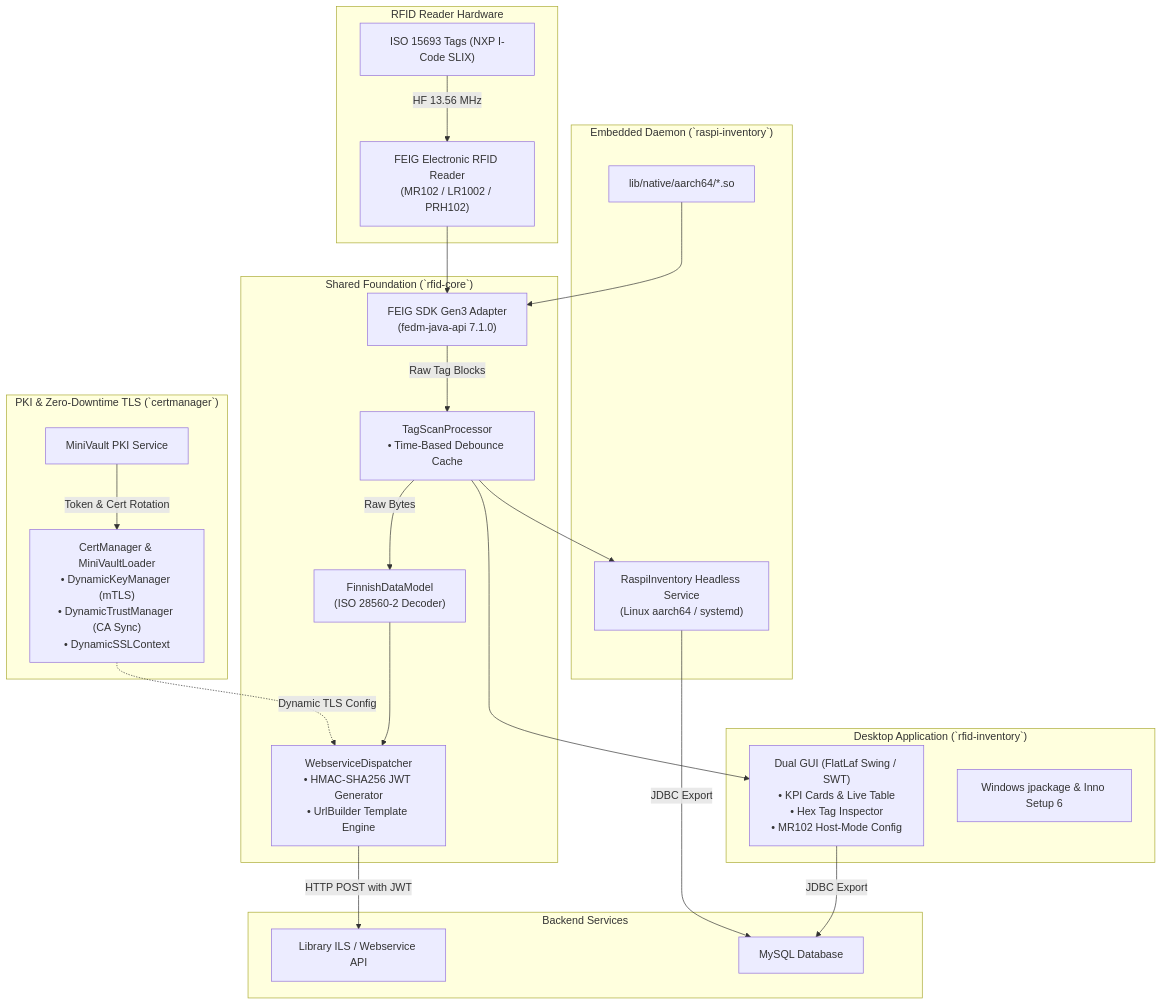
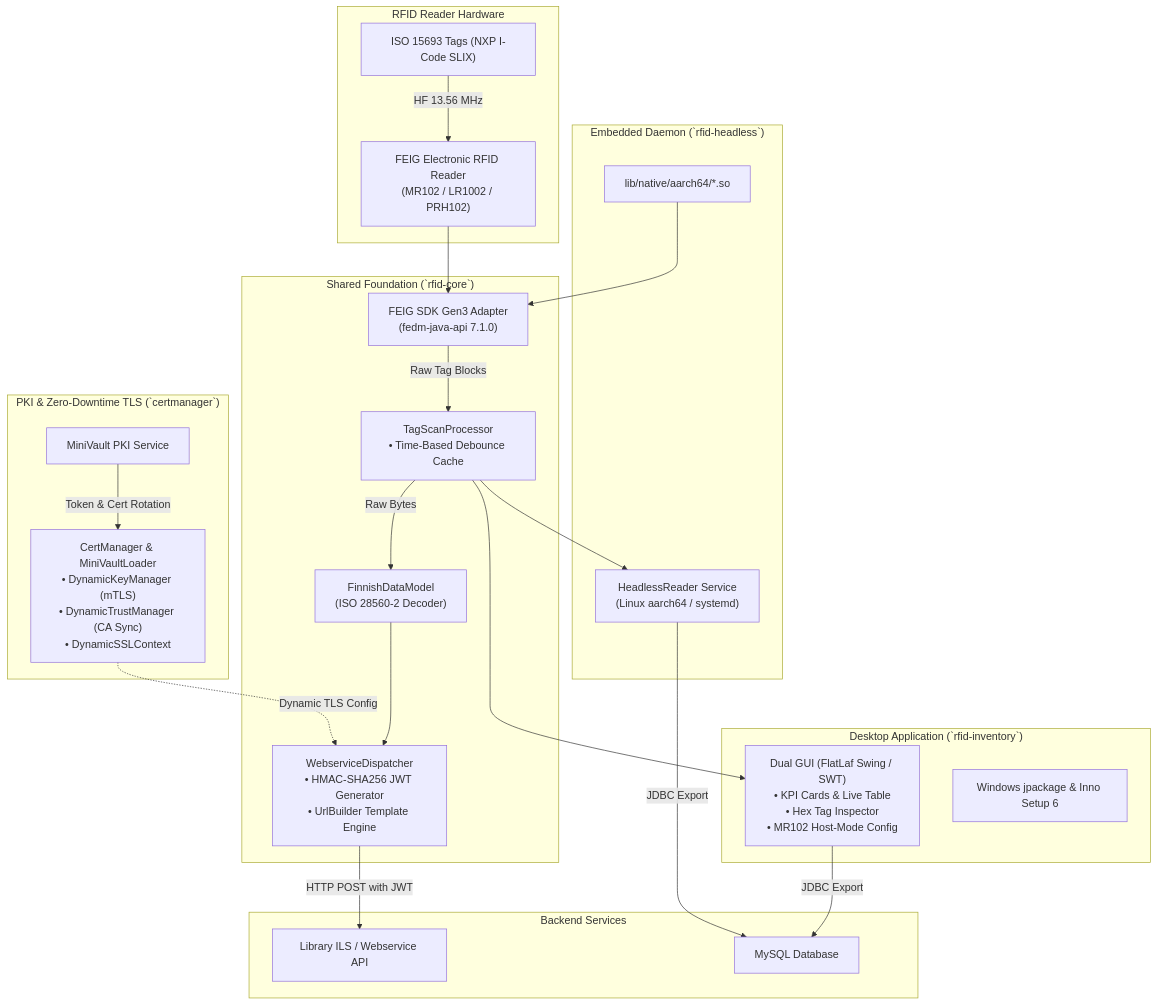
The diagram in readme.md (je4/Library-RFID-Tools), drawn with Mermaid before and after one commit. The commit also changed other lines of this file and 140 other files, not shown here.

````diff
--- a/readme.md
+++ b/readme.md
@@ -19,48 +19,48 @@
 ```mermaid
 graph TD
     subgraph PKI["PKI & Zero-Downtime TLS (`certmanager`)"]
         MV["MiniVault PKI Service"]
         CM["CertManager & MiniVaultLoader<br/>• DynamicKeyManager (mTLS)<br/>• DynamicTrustManager (CA Sync)<br/>• DynamicSSLContext"]
         MV -->|Token & Cert Rotation| CM
     end
 
     subgraph Core["Shared Foundation (`rfid-core`)"]
         FeigCore["FEIG SDK Gen3 Adapter<br/>(fedm-java-api 7.1.0)"]
         FDM["FinnishDataModel<br/>(ISO 28560-2 Decoder)"]
         TSP["TagScanProcessor<br/>• Time-Based Debounce Cache"]
         WSD["WebserviceDispatcher<br/>• HMAC-SHA256 JWT Generator<br/>• UrlBuilder Template Engine"]
         
         FeigCore -->|Raw Tag Blocks| TSP
         TSP -->|Raw Bytes| FDM
         FDM --> WSD
         CM -.->|Dynamic TLS Config| WSD
     end
 
     subgraph DesktopApp["Desktop Application (`rfid-inventory`)"]
         UI["Dual GUI (FlatLaf Swing / SWT)<br/>• KPI Cards & Live Table<br/>• Hex Tag Inspector<br/>• MR102 Host-Mode Config"]
         Installer["Windows jpackage & Inno Setup 6"]
         TSP --> UI
     end
 
-    subgraph EmbeddedDaemon["Embedded Daemon (`raspi-inventory`)"]
-        Daemon["RaspiInventory Headless Service<br/>(Linux aarch64 / systemd)"]
+    subgraph EmbeddedDaemon["Embedded Daemon (`rfid-headless`)"]
+        Daemon["HeadlessReader Service<br/>(Linux aarch64 / systemd)"]
         NativeArm["lib/native/aarch64/*.so"]
         TSP --> Daemon
         NativeArm --> FeigCore
     end
 
     subgraph Hardware["RFID Reader Hardware"]
         Reader["FEIG Electronic RFID Reader<br/>(MR102 / LR1002 / PRH102)"]
         Tag["ISO 15693 Tags (NXP I-Code SLIX)"]
         Tag -->|HF 13.56 MHz| Reader
         Reader --> FeigCore
     end
 
     subgraph Endpoints["Backend Services"]
         ILS["Library ILS / Webservice API"]
         MySQL["MySQL Database"]
         WSD -->|HTTP POST with JWT| ILS
         UI -->|JDBC Export| MySQL
         Daemon -->|JDBC Export| MySQL
     end
 ```
````
